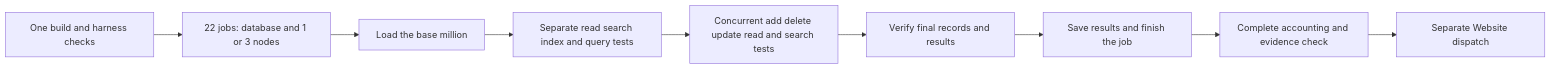
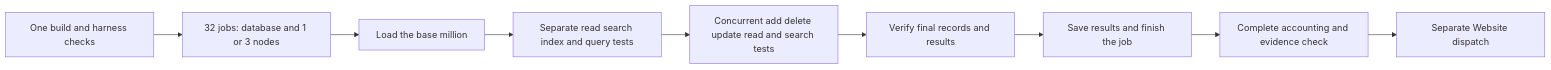
The diagram in docs/Features/BenchmarkComparisons/SessionExecution.md (managedcode/KeyLoad), drawn with Mermaid before and after one commit. The commit also changed other lines of this file and 41 other files, not shown here.

````diff
--- a/docs/Features/BenchmarkComparisons/SessionExecution.md
+++ b/docs/Features/BenchmarkComparisons/SessionExecution.md
@@ -36,11 +36,11 @@
 ```mermaid
 flowchart LR
-    Prepare[One build and harness checks] --> Packages[22 jobs: database and 1 or 3 nodes]
+    Prepare[One build and harness checks] --> Packages[32 jobs: database and 1 or 3 nodes]
     Packages --> LoadMillion[Load the base million]
     LoadMillion --> Reads[Separate read search index and query tests]
     Reads --> Mixed[Concurrent add delete update read and search tests]
     Mixed --> Verify[Verify final records and results]
     Verify --> Results[Save results and finish the job]
     Results --> Aggregate[Complete accounting and evidence check]
     Aggregate --> Dispatch[Separate Website dispatch]
 ```
````
